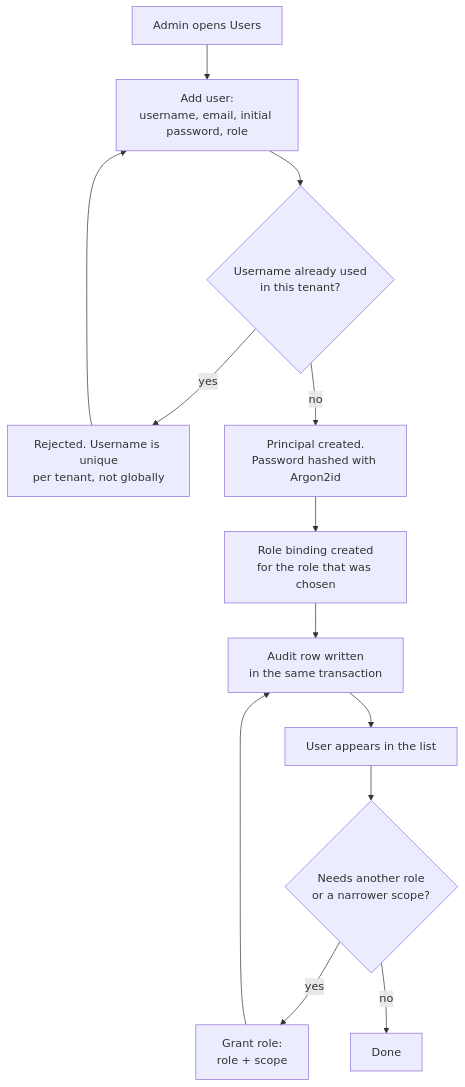
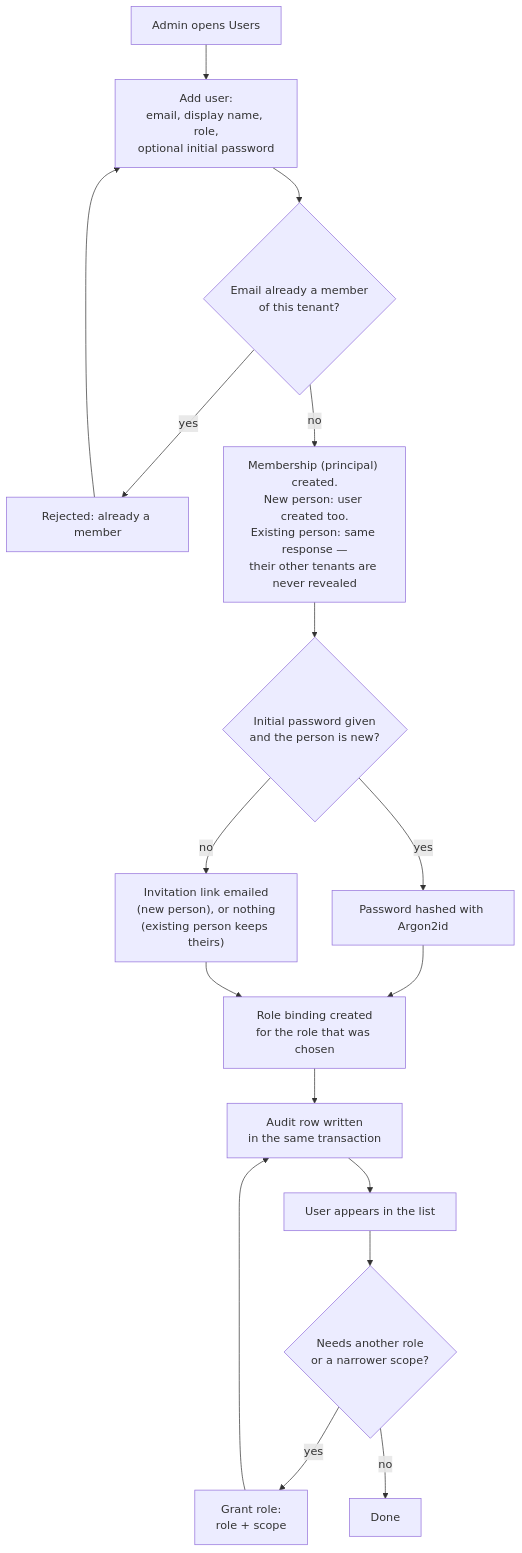
The second of 7 diagrams in docs/hld/18-phase-a-user-flows.md (Mbaapoh/atsap), drawn with Mermaid before and after one commit. The commit also changed other lines of this file and 20 other files, not shown here.

````diff
--- a/docs/hld/18-phase-a-user-flows.md
+++ b/docs/hld/18-phase-a-user-flows.md
@@ -73,15 +80,20 @@
 ```mermaid
 flowchart TD
-    A["Admin opens Users"] --> B["Add user:<br/>username, email, initial password, role"]
-    B --> C{"Username already used<br/>in this tenant?"}
-    C -->|yes| C1["Rejected. Username is unique<br/>per tenant, not globally"]
+    A["Admin opens Users"] --> B["Add user:<br/>email, display name, role,<br/>optional initial password"]
+    B --> C{"Email already a member<br/>of this tenant?"}
+    C -->|yes| C1["Rejected: already a member"]
     C1 --> B
-    C -->|no| D["Principal created.<br/>Password hashed with Argon2id"]
-    D --> E["Role binding created<br/>for the role that was chosen"]
+    C -->|no| D["Membership (principal) created.<br/>New person: user created too.<br/>Existing person: same response —<br/>their other tenants are never revealed"]
+    D --> D1{"Initial password given<br/>and the person is new?"}
+    D1 -->|yes| D2["Password hashed with Argon2id"]
+    D1 -->|no| D3["Invitation link emailed<br/>(new person), or nothing<br/>(existing person keeps theirs)"]
+    D2 --> E
+    D3 --> E
+    E["Role binding created<br/>for the role that was chosen"]
     E --> F["Audit row written<br/>in the same transaction"]
     F --> G["User appears in the list"]
     G --> H{"Needs another role<br/>or a narrower scope?"}
     H -->|yes| I["Grant role:<br/>role + scope"]
     I --> F
     H -->|no| J["Done"]
 ```
````
